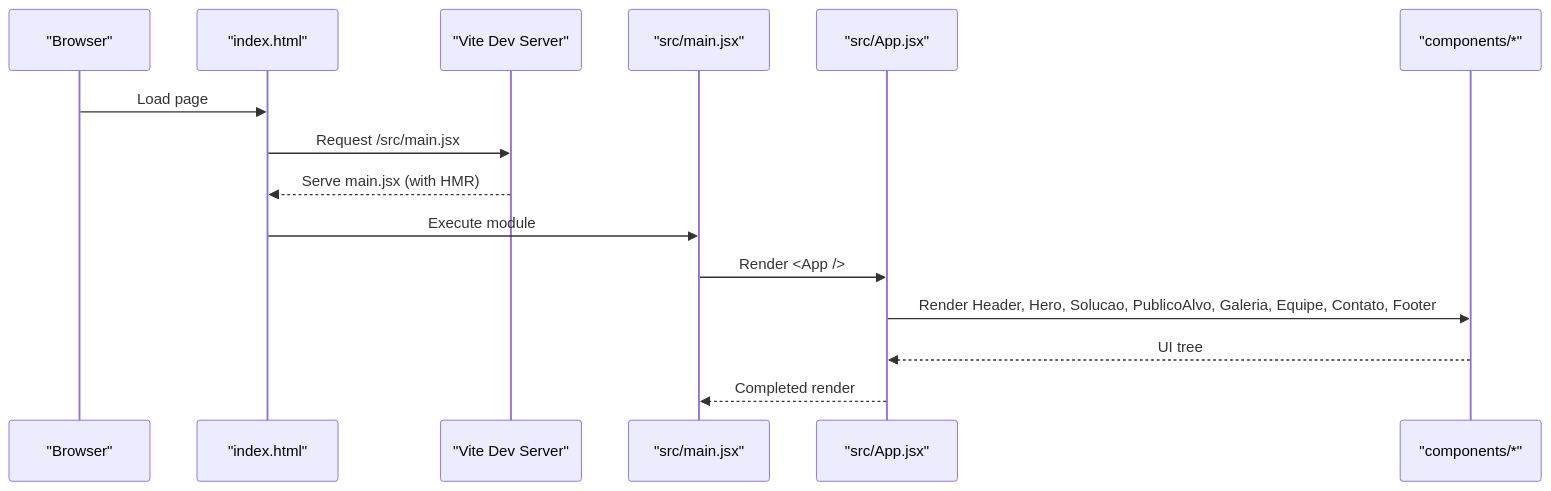
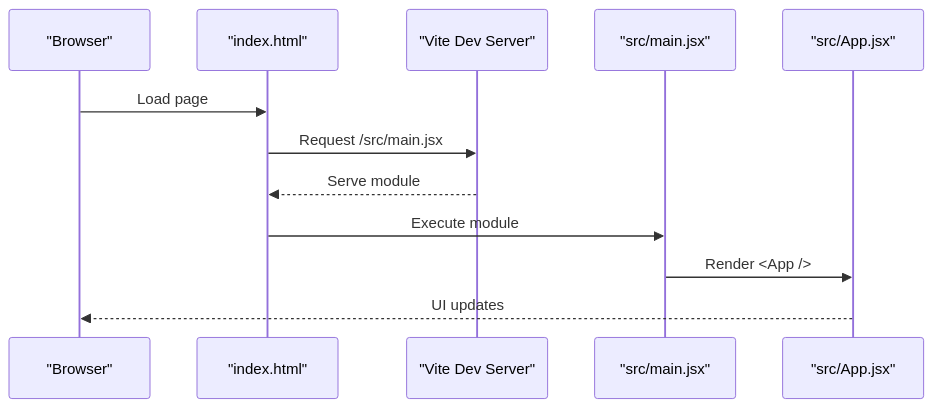
Before and after one commit to isadorabassoasseiro-boop/OptiCode: the second of 2 diagrams in .qoder/repowiki/en/content/Getting Started.md, drawn with Mermaid. The commit also changed other lines of this file and 35 other files, not shown here.

````diff
--- a/.qoder/repowiki/en/content/Getting Started.md
+++ b/.qoder/repowiki/en/content/Getting Started.md
@@ -125,17 +152,14 @@
 ```mermaid
 sequenceDiagram
 participant Browser as "Browser"
 participant HTML as "index.html"
 participant Vite as "Vite Dev Server"
 participant Main as "src/main.jsx"
 participant App as "src/App.jsx"
-participant Comp as "components/*"
 Browser->>HTML : Load page
 HTML->>Vite : Request /src/main.jsx
-Vite-->>HTML : Serve main.jsx (with HMR)
+Vite-->>HTML : Serve module
 HTML->>Main : Execute module
 Main->>App : Render <App />
-App->>Comp : Render Header, Hero, Solucao, PublicoAlvo, Galeria, Equipe, Contato, Footer
-Comp-->>App : UI tree
-App-->>Main : Completed render
+App-->>Browser : UI updates
 ```
````
